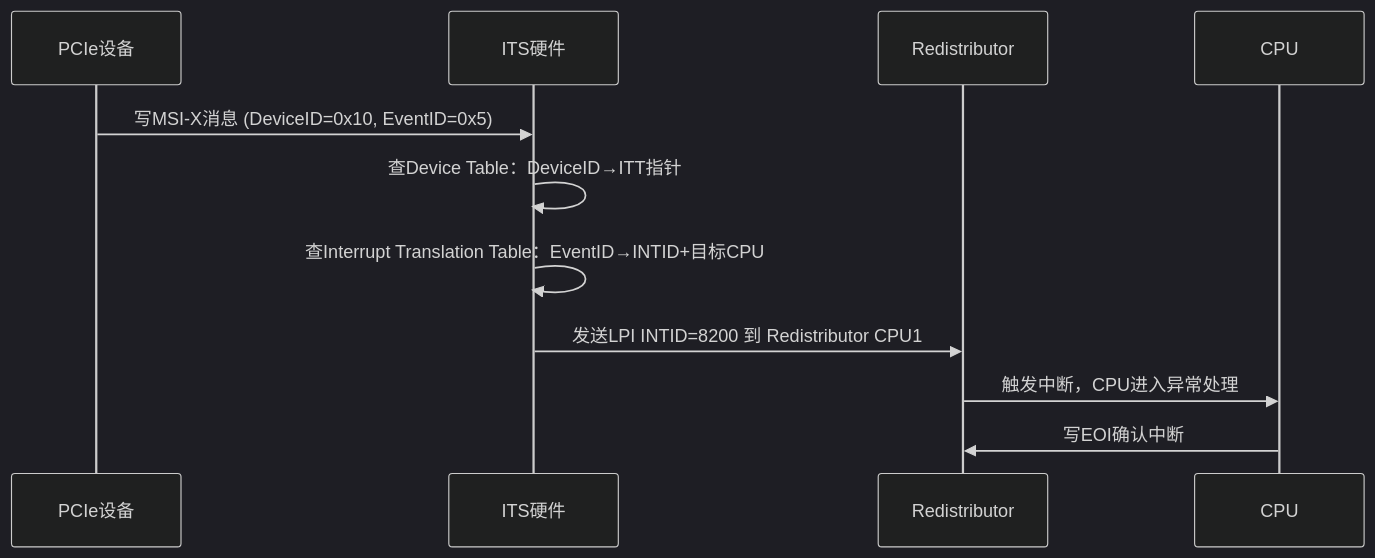
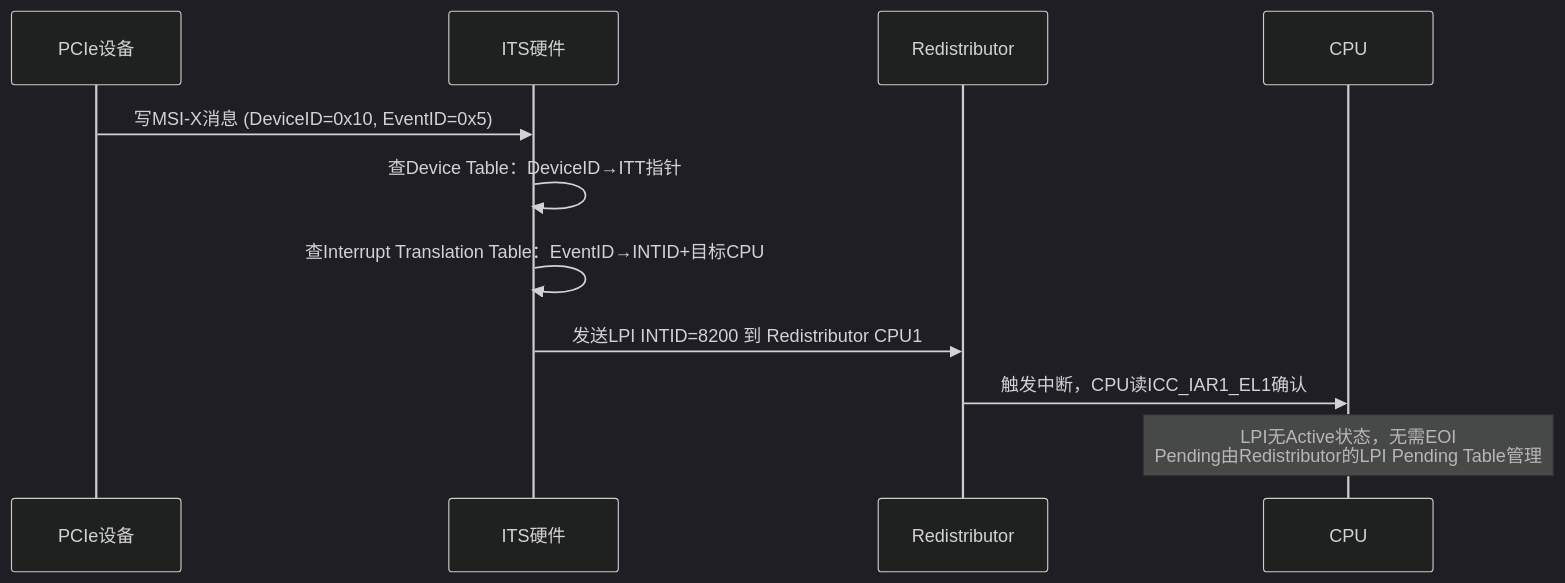
The second of 3 diagrams in docs/02-核心机制深度解析/第10章 中断与时间/10.1.4_GICv3与中断号映射.md (xiaohong0925/Embedded_Knowledge_System_V2026), drawn with Mermaid (dark theme) before and after one commit. The commit also changed other lines of this file and 8 other files, not shown here.

````diff
--- a/docs/02-核心机制深度解析/第10章 中断与时间/10.1.4_GICv3与中断号映射.md
+++ b/docs/02-核心机制深度解析/第10章 中断与时间/10.1.4_GICv3与中断号映射.md
@@ -97,14 +120,14 @@
 ```mermaid
 sequenceDiagram
     participant PCIe as PCIe设备
     participant ITS as ITS硬件
     participant RD as Redistributor
     participant CPU as CPU
 
     PCIe->>ITS: 写MSI-X消息 (DeviceID=0x10, EventID=0x5)
     ITS->>ITS: 查Device Table：DeviceID→ITT指针
     ITS->>ITS: 查Interrupt Translation Table：EventID→INTID+目标CPU
     ITS->>RD: 发送LPI INTID=8200 到 Redistributor CPU1
-    RD->>CPU: 触发中断，CPU进入异常处理
-    CPU->>RD: 写EOI确认中断
+    RD->>CPU: 触发中断，CPU读ICC_IAR1_EL1确认
+    Note over CPU: LPI无Active状态，无需EOI<br/>Pending由Redistributor的LPI Pending Table管理
 ```
````
